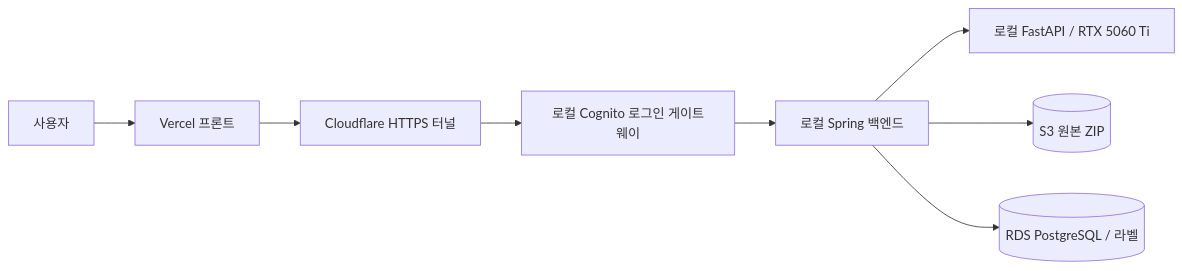
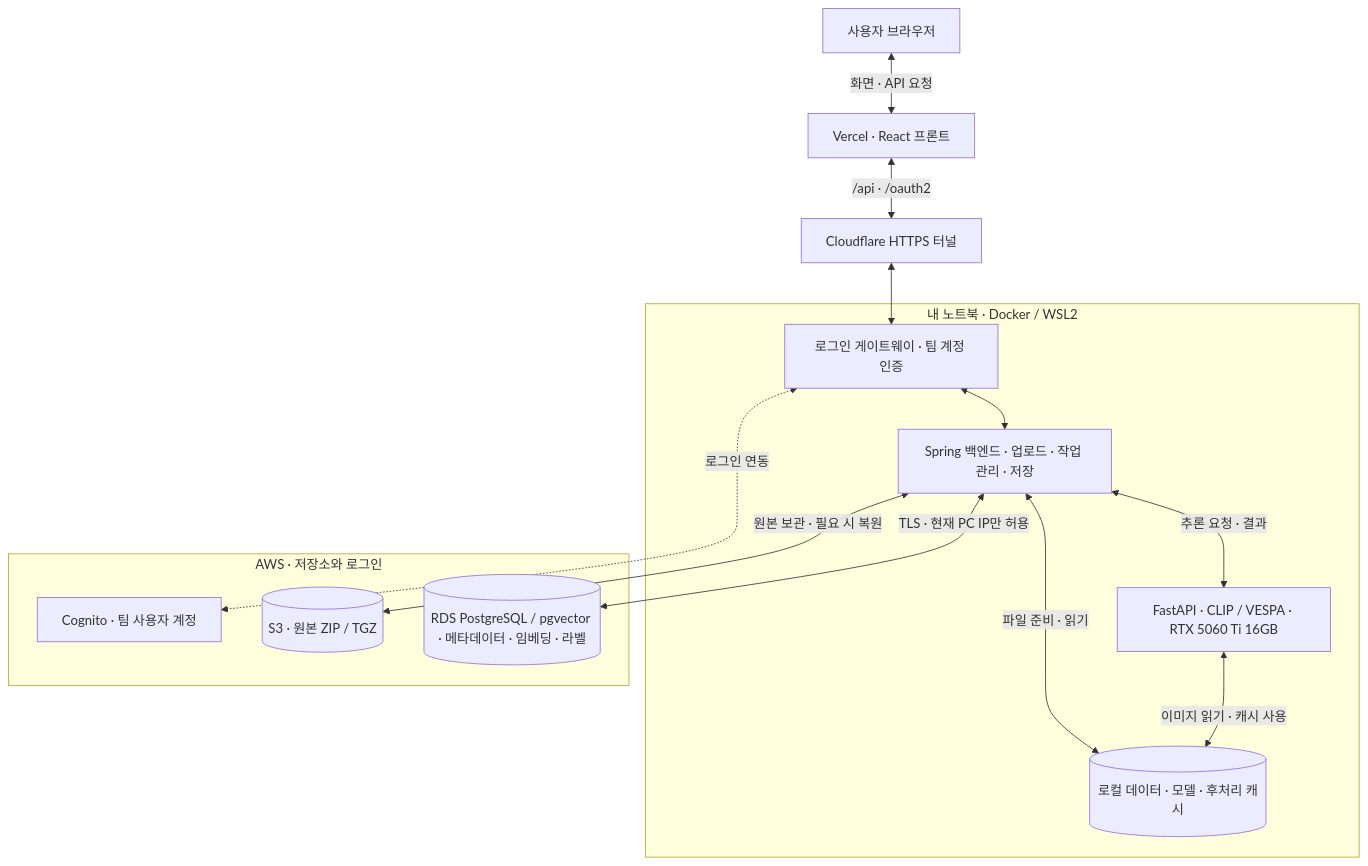
The first of 3 diagrams in README.md (DriveScene2Label-Team/DriveScene2Label), drawn with Mermaid before and after one commit. The commit also changed other lines of this file and 26 other files, not shown here.

````diff
--- a/README.md
+++ b/README.md
@@ -11,10 +11,20 @@
 ```mermaid
-flowchart LR
-  U[사용자] --> V[Vercel 프론트]
-  V --> T[Cloudflare HTTPS 터널]
-  T --> L[로컬 Cognito 로그인 게이트웨이]
-  L --> B[로컬 Spring 백엔드]
-  B --> G[로컬 FastAPI / RTX 5060 Ti]
-  B --> S[(S3 원본 ZIP)]
-  B --> D[(RDS PostgreSQL / 라벨)]
+flowchart TB
+  U[사용자 브라우저] <-->|화면 · API 요청| V[Vercel · React 프론트]
+  V <-->|/api · /oauth2| T[Cloudflare HTTPS 터널]
+  subgraph LOCAL[내 노트북 · Docker / WSL2]
+    L[로그인 게이트웨이 · 팀 계정 인증] <--> B[Spring 백엔드 · 업로드 · 작업 관리 · 저장]
+    B <-->|추론 요청 · 결과| G[FastAPI · CLIP / VESPA · RTX 5060 Ti 16GB]
+    B <-->|파일 준비 · 읽기| CACHE[(로컬 데이터 · 모델 · 후처리 캐시)]
+    G <-->|이미지 읽기 · 캐시 사용| CACHE
+  end
+  subgraph AWS[AWS · 저장소와 로그인]
+    C[Cognito · 팀 사용자 계정]
+    S[(S3 · 원본 ZIP / TGZ)]
+    D[(RDS PostgreSQL / pgvector · 메타데이터 · 임베딩 · 라벨)]
+  end
+  T <--> L
+  L <-.->|로그인 연동| C
+  B <-->|원본 보관 · 필요 시 복원| S
+  B <-->|TLS · 현재 PC IP만 허용| D
 ```
````
